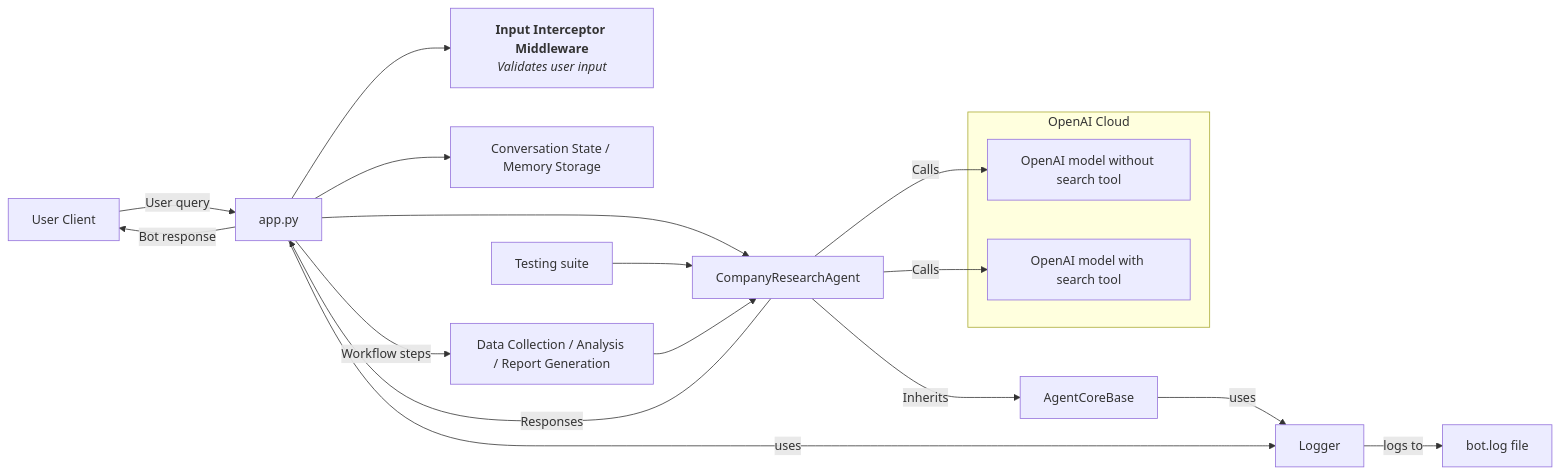
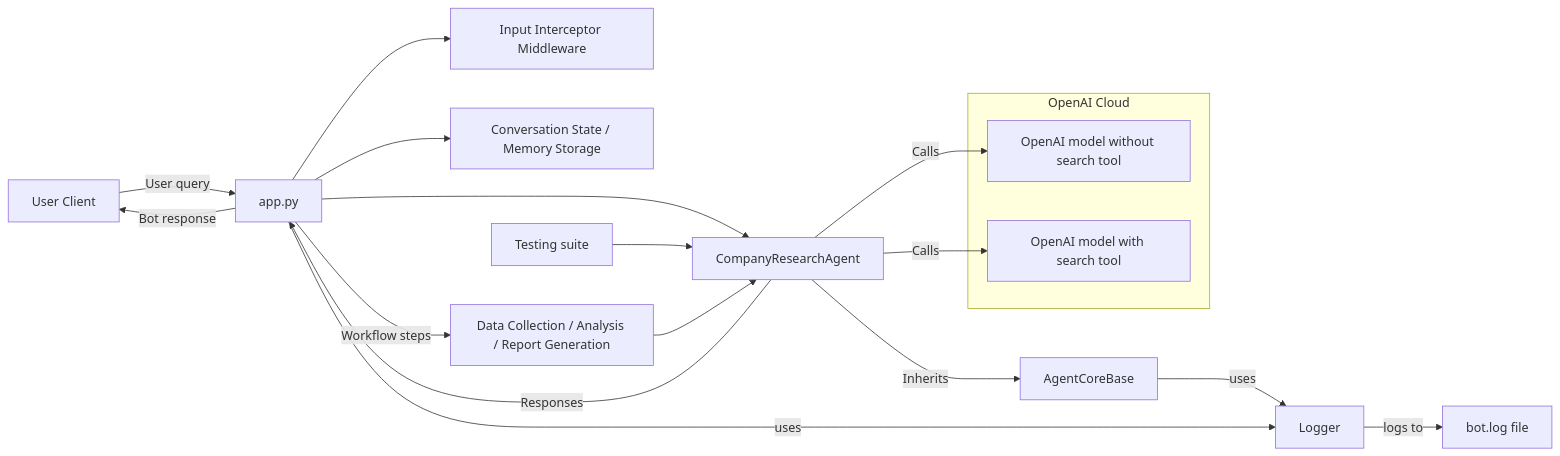
Before and after one commit to mike-1-1-1/Company-Research-bot-: the diagram in architecture-diagram.md, drawn with Mermaid. The commit also changed other lines of this file and 1 other file, not shown here.

Commit message:
improve documentation, such as (but not limited to) referencing architecture diagram within README

````diff
--- a/architecture-diagram.md
+++ b/architecture-diagram.md
@@ -3,25 +3,25 @@
 ```mermaid
 flowchart LR
     U[User Client] -->|User query| A[app.py]
-    A --> M["<b>Input Interceptor Middleware</b><br/><i>Validates user input</i>"]
+    A --> M[Input Interceptor Middleware]
     A --> S[Conversation State / Memory Storage]
     A --> B[CompanyResearchAgent]
     B --> |Inherits| Y[AgentCoreBase]
     Y --> |uses| L[Logger]
     A --> |uses| L
 
     subgraph OpenAICloud[OpenAI Cloud]
         O[OpenAI model without search tool]
         W[OpenAI model with search tool]
     end
 
     B -->|Calls| O
     B -->|Calls| W
     L --> |logs to| X[bot.log file]
     T[Testing suite] --> B
 
     A -->|Workflow steps| R[Data Collection / Analysis / Report Generation]
     R --> B
     B -->|Responses| A
     A -->|Bot response| U
 ```
````
